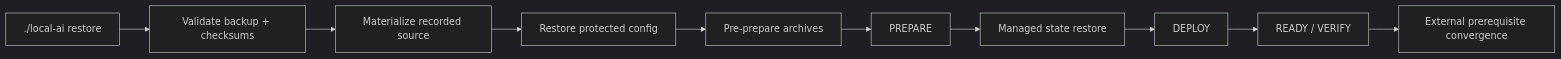
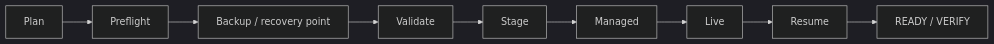
The second of 2 diagrams in docs/dr/howto.md (ea1het/local_hybrid_ai), drawn with Mermaid (dark theme) before and after one commit. The commit also changed other lines of this file and 26 other files, not shown here.

First line of the commit message:
docs: reconcile documentation with post-refactor architecture (#29)

````diff
--- a/docs/dr/howto.md
+++ b/docs/dr/howto.md
@@ -57,12 +43,4 @@
 ```mermaid
 flowchart LR
-    CLI["./local-ai restore"] --> Validate["Validate backup + checksums"]
-    Validate --> Source["Materialize recorded source"]
-    Source --> Config["Restore protected config"]
-    Config --> Pre["Pre-prepare archives"]
-    Pre --> Prepare["PREPARE"]
-    Prepare --> Managed["Managed state restore"]
-    Managed --> Deploy["DEPLOY"]
-    Deploy --> Ready["READY / VERIFY"]
-    Ready --> External["External prerequisite convergence"]
+    P["Plan"] --> PF["Preflight"] --> B["Backup / recovery point"] --> V["Validate"] --> S["Stage"] --> M["Managed"] --> L["Live"] --> R["Resume"] --> Q["READY / VERIFY"]
 ```
````
